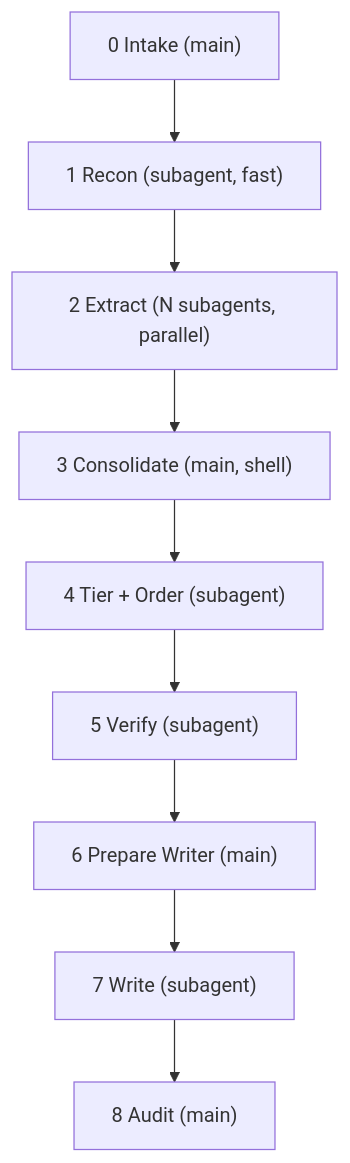
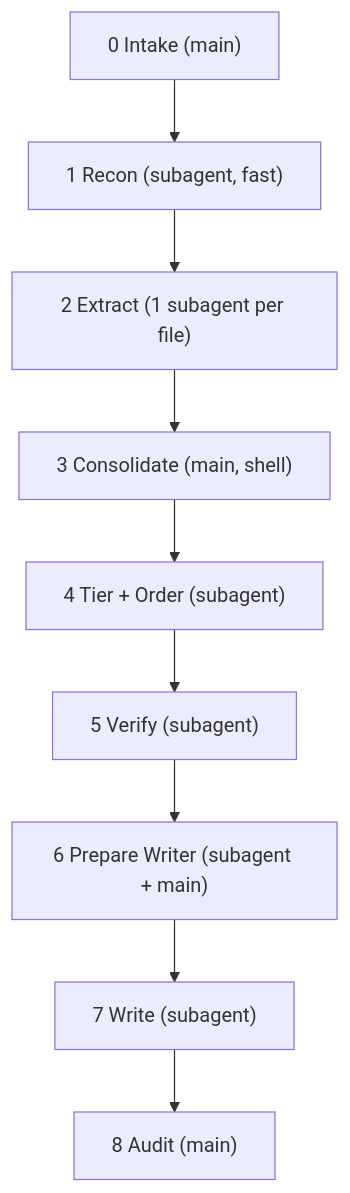
Before and after one commit to cppalliance/tools-public: the diagram in tools/dokuman.md, drawn with Mermaid. The commit also changed other lines of this file and 1 other file, not shown here.

````diff
--- a/tools/dokuman.md
+++ b/tools/dokuman.md
@@ -19,11 +19,11 @@
 ```mermaid
 flowchart TD
     S0["0 Intake (main)"] --> S1["1 Recon (subagent, fast)"]
-    S1 --> S2["2 Extract (N subagents, parallel)"]
+    S1 --> S2["2 Extract (1 subagent per file)"]
     S2 --> S3["3 Consolidate (main, shell)"]
     S3 --> S4["4 Tier + Order (subagent)"]
     S4 --> S5["5 Verify (subagent)"]
-    S5 --> S6["6 Prepare Writer (main)"]
+    S5 --> S6["6 Prepare Writer (subagent + main)"]
     S6 --> S7["7 Write (subagent)"]
     S7 --> S8["8 Audit (main)"]
 ```
````
